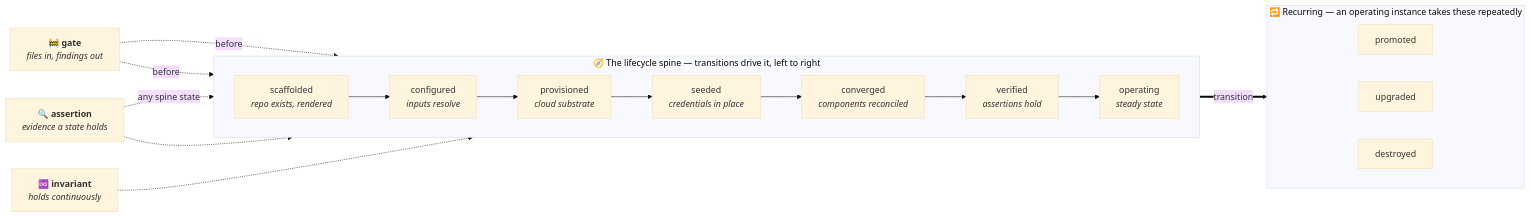
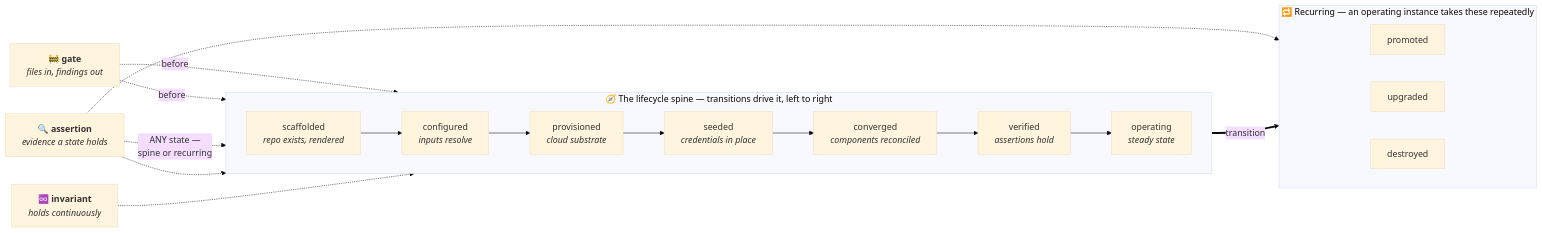
One commit to akamai-consulting/lke-landing-zone changed the first of 3 diagrams in docs/designs/internal-extension-model.md. Above: the diagram before and after it, drawn with Mermaid (base theme). The commit also changed other lines of this file and 7 other files, not shown here.

````diff
--- a/docs/designs/internal-extension-model.md
+++ b/docs/designs/internal-extension-model.md
@@ -190,28 +228,29 @@
 ```mermaid
 flowchart LR
     subgraph SPINE["🧭 The lifecycle spine — transitions drive it, left to right"]
         direction LR
         S1["scaffolded<br/><i>repo exists, rendered</i>"]
         S2["configured<br/><i>inputs resolve</i>"]
         S3["provisioned<br/><i>cloud substrate</i>"]
         S4["seeded<br/><i>credentials in place</i>"]
         S5["converged<br/><i>components reconciled</i>"]
         S6["verified<br/><i>assertions hold</i>"]
         S7["operating<br/><i>steady state</i>"]
         S1 --> S2 --> S3 --> S4 --> S5 --> S6 --> S7
     end
 
     subgraph RECUR["🔁 Recurring — an operating instance takes these repeatedly"]
         direction LR
         R1["promoted"]
         R2["upgraded"]
         R3["destroyed"]
     end
 
     G["🚧 <b>gate</b><br/><i>files in, findings out</i>"] -.->|before| S1
     G -.->|before| S2
-    A["🔍 <b>assertion</b><br/><i>evidence a state holds</i>"] -.->|"any spine state"| S5
+    A["🔍 <b>assertion</b><br/><i>evidence a state holds</i>"] -.->|"ANY state —<br/>spine or recurring"| S5
     A -.-> S6
+    A -.-> RECUR
     I["♾️ <b>invariant</b><br/><i>holds continuously</i>"] -.-> S7
     S7 ==>|"transition"| RECUR
 ```
````
